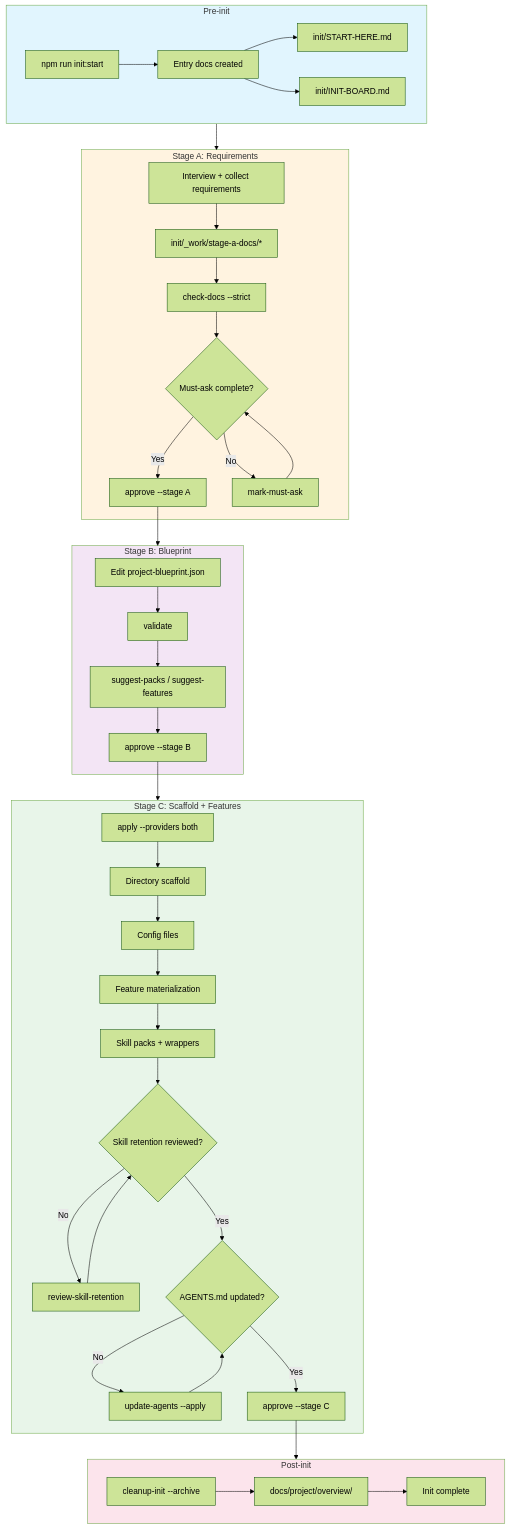
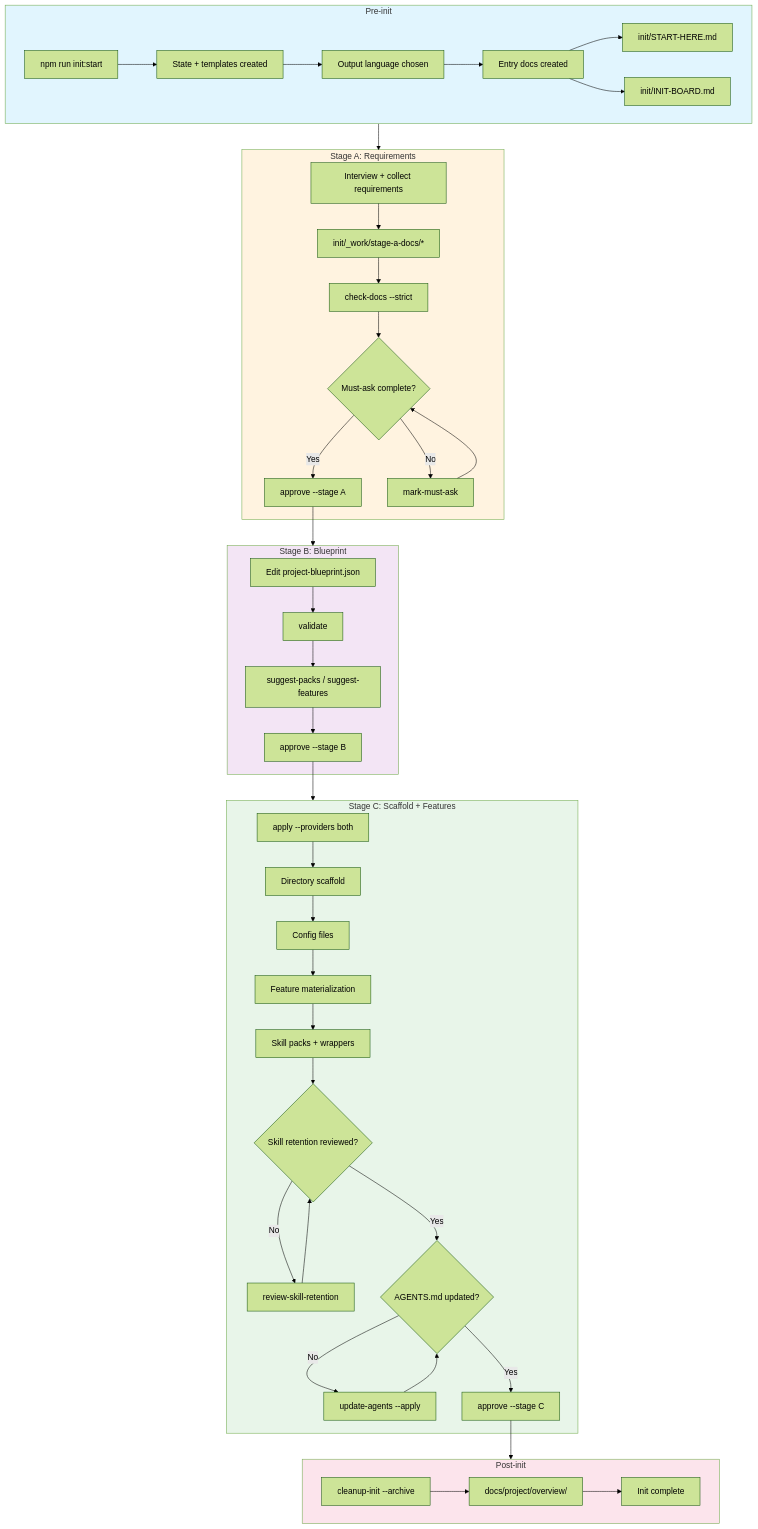
The diagram in init/README.md (willyu1007/Skill_Template_Module), drawn with Mermaid (forest theme) before and after one commit. The commit also changed other lines of this file and 13 other files, not shown here.

First line of the commit message:
init: make entry docs LLM-driven and harden workflow

````diff
--- a/init/README.md
+++ b/init/README.md
@@ -7,53 +7,55 @@
 ```mermaid
 flowchart TD
     subgraph pre [Pre-init]
-        Start[npm run init:start] --> Entry[Entry docs created]
+        Start[npm run init:start] --> State[State + templates created]
+        State --> Lang[Output language chosen]
+        Lang --> Entry[Entry docs created]
         Entry --> StartHere[init/START-HERE.md]
         Entry --> Board[init/INIT-BOARD.md]
     end
 
     subgraph stageA [Stage A: Requirements]
         Interview[Interview + collect requirements] --> DocsA[init/_work/stage-a-docs/*]
         DocsA --> ValidateA[check-docs --strict]
         ValidateA --> MustAsk{Must-ask complete?}
         MustAsk -->|Yes| ApproveA[approve --stage A]
         MustAsk -->|No| MarkMustAsk[mark-must-ask]
         MarkMustAsk --> MustAsk
     end
 
     subgraph stageB [Stage B: Blueprint]
         Blueprint[Edit project-blueprint.json] --> ValidateB[validate]
         ValidateB --> SuggestB[suggest-packs / suggest-features]
         SuggestB --> ApproveB[approve --stage B]
     end
 
     subgraph stageC [Stage C: Scaffold + Features]
         Apply[apply --providers both] --> Scaffold[Directory scaffold]
         Scaffold --> Configs[Config files]
         Configs --> Features[Feature materialization]
         Features --> Skills[Skill packs + wrappers]
         Skills --> Retention{Skill retention reviewed?}
         Retention -->|No| ReviewRetention[review-skill-retention]
         ReviewRetention --> Retention
         Retention -->|Yes| AgentsUpdate{AGENTS.md updated?}
         AgentsUpdate -->|No| UpdateAgents[update-agents --apply]
         UpdateAgents --> AgentsUpdate
         AgentsUpdate -->|Yes| ApproveC[approve --stage C]
     end
 
     subgraph post [Post-init]
         Cleanup[cleanup-init --archive] --> Archive[docs/project/overview/]
         Archive --> Done[Init complete]
     end
 
     pre --> stageA
     ApproveA --> stageB
     ApproveB --> stageC
     ApproveC --> post
 
     style pre fill:#e1f5fe
     style stageA fill:#fff3e0
     style stageB fill:#f3e5f5
     style stageC fill:#e8f5e9
     style post fill:#fce4ec
 ```
````
